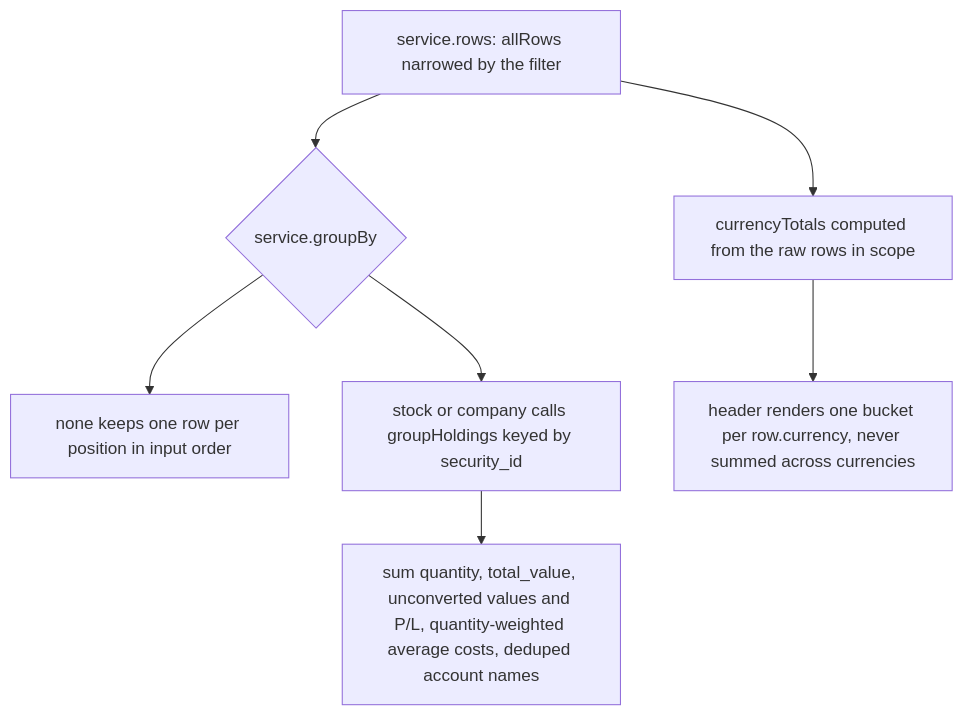
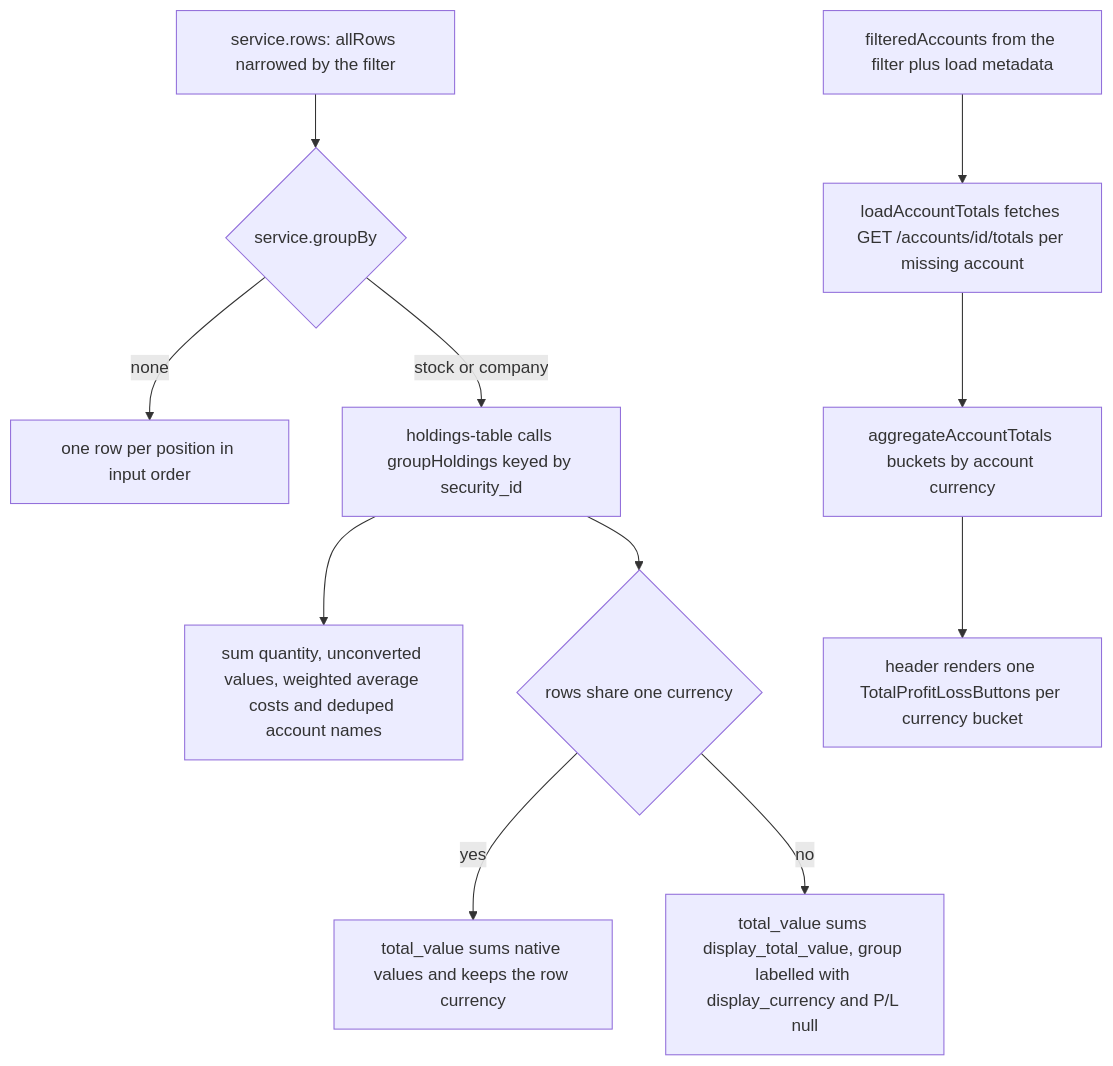
One commit to havekes/retail-portfolio changed the third of 3 diagrams in openwiki/workflows/accounts-and-holdings-views.md. Above: the diagram before and after it, drawn with Mermaid. The commit also changed other lines of this file and 57 other files, not shown here.

````diff
--- a/openwiki/workflows/accounts-and-holdings-views.md
+++ b/openwiki/workflows/accounts-and-holdings-views.md
@@ -549,9 +737,13 @@
 ```mermaid
 flowchart TD
     Rows["service.rows: allRows narrowed by the filter"] --> Mode{"service.groupBy"}
-    Mode --> Flat["none keeps one row per position in input order"]
-    Mode --> Stock["stock or company calls groupHoldings keyed by security_id"]
-    Stock --> Sums["sum quantity, total_value, unconverted values and P/L, quantity-weighted average costs, deduped account names"]
-    Rows --> Buckets["currencyTotals computed from the raw rows in scope"]
-    Buckets --> Render["header renders one bucket per row.currency, never summed across currencies"]
+    Mode -->|"none"| Flat["one row per position in input order"]
+    Mode -->|"stock or company"| Stock["holdings-table calls groupHoldings keyed by security_id"]
+    Stock --> Sums["sum quantity, unconverted values, weighted average costs and deduped account names"]
+    Stock --> Mixed{"rows share one currency"}
+    Mixed -->|"yes"| Native["total_value sums native values and keeps the row currency"]
+    Mixed -->|"no"| Display["total_value sums display_total_value, group labelled with display_currency and P/L null"]
+    Accounts["filteredAccounts from the filter plus load metadata"] --> Totals["loadAccountTotals fetches GET /accounts/id/totals per missing account"]
+    Totals --> Buckets["aggregateAccountTotals buckets by account currency"]
+    Buckets --> Header["header renders one TotalProfitLossButtons per currency bucket"]
 ```
````
